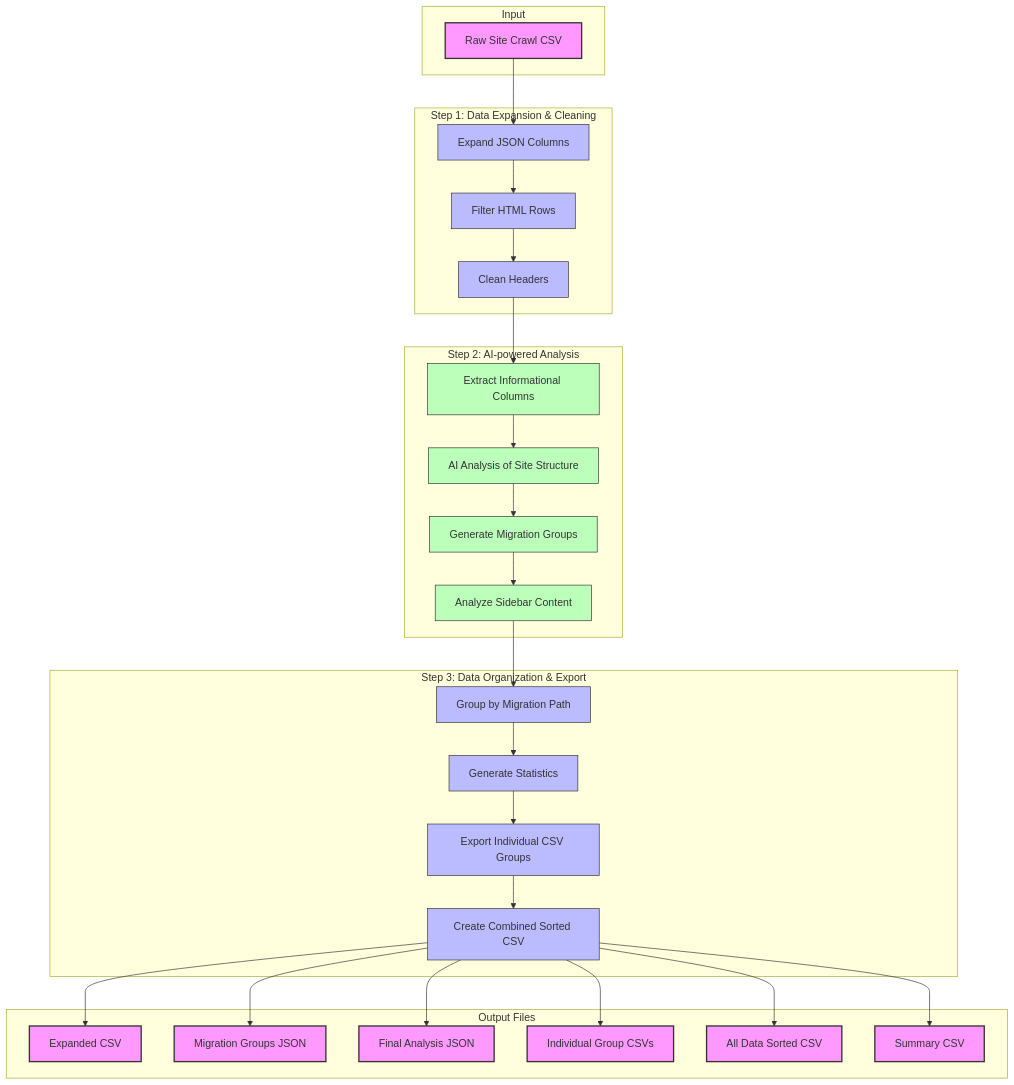
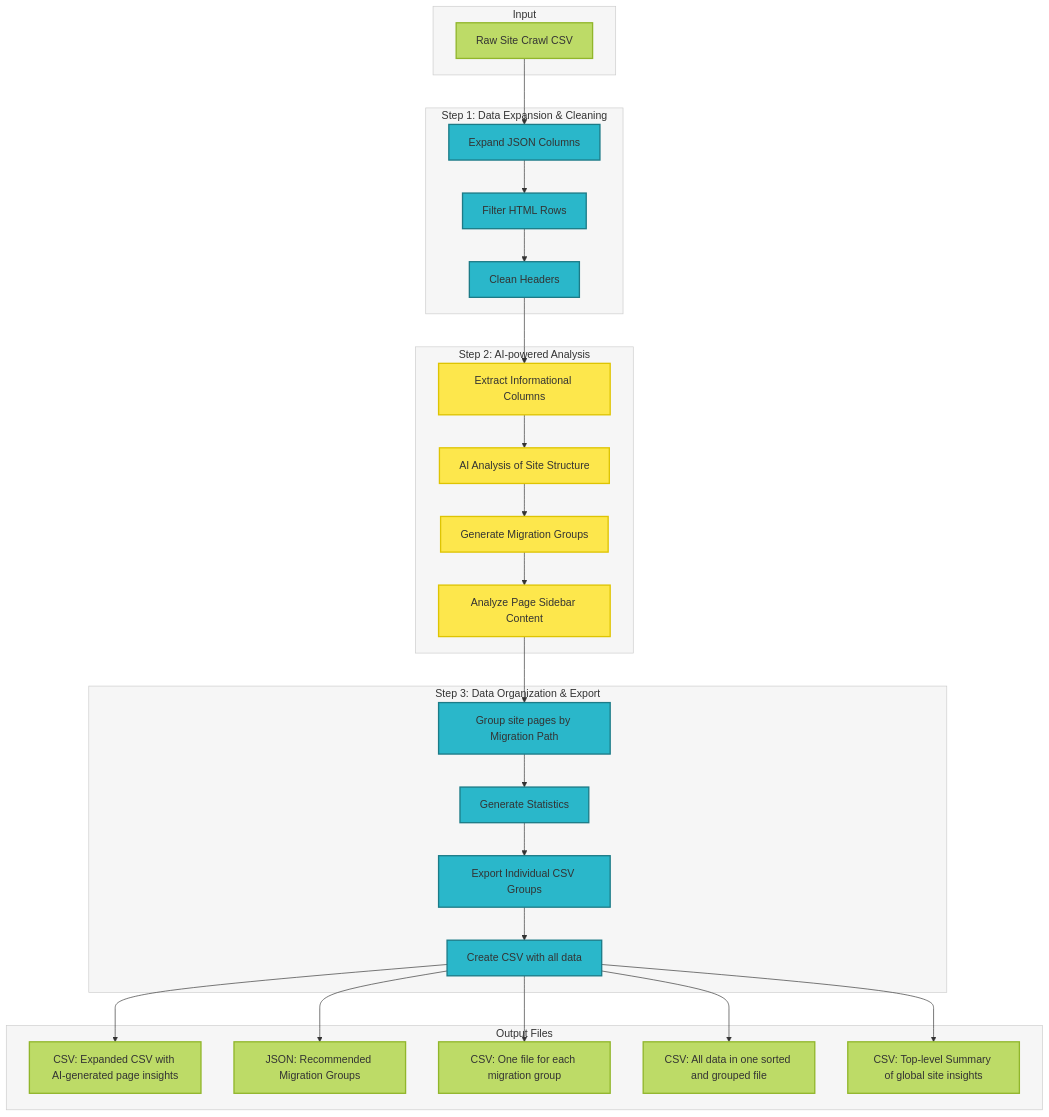
Before and after one commit to CivicActions/ai-crawl-analysis: the diagram in README.md, drawn with Mermaid. The commit also changed other lines of this file and 3 other files, not shown here.

````diff
--- a/README.md
+++ b/README.md
@@ -21,48 +111,54 @@
 ```mermaid
 flowchart TB
-    subgraph "Input"
+    subgraph Input["Input"]
         A[Raw Site Crawl CSV]
     end
 
-    subgraph "Step 1: Data Expansion & Cleaning"
+    subgraph Step1["Step 1: Data Expansion & Cleaning"]
         B1[Expand JSON Columns]
         B2[Filter HTML Rows]
         B3[Clean Headers]
         A --> B1 --> B2 --> B3
     end
 
-    subgraph "Step 2: AI-powered Analysis"
+    subgraph Step2["Step 2: AI-powered Analysis"]
         C1[Extract Informational Columns]
         C2[AI Analysis of Site Structure]
         C3[Generate Migration Groups]
-        C4[Analyze Sidebar Content]
+        C4[Analyze Page Sidebar Content]
         B3 --> C1 --> C2 --> C3 --> C4
     end
 
-    subgraph "Step 3: Data Organization & Export"
-        D1[Group by Migration Path]
+    subgraph Step3["Step 3: Data Organization & Export"]
+        D1[Group site pages by Migration Path]
         D2[Generate Statistics]
         D3[Export Individual CSV Groups]
-        D4[Create Combined Sorted CSV]
+        D4[Create CSV with all data]
         C4 --> D1 --> D2 --> D3 --> D4
     end
 
-    subgraph "Output Files"
-        E1[Expanded CSV]
-        E2[Migration Groups JSON]
-        E3[Final Analysis JSON]
-        E4[Individual Group CSVs]
-        E5[All Data Sorted CSV]
-        E6[Summary CSV]
+    subgraph Output["Output Files"]
+        E1[CSV: Expanded CSV with AI-generated page insights]
+        E2[JSON: Recommended Migration Groups]
+        E3[CSV: One file for each migration group]
+        E4[CSV: All data in one sorted and grouped file]
+        E5[CSV: Top-level Summary of global site insights]
 
-        D4 --> E1 & E2 & E3 & E4 & E5 & E6
+        D4 --> E1 & E2 & E3 & E4 & E5
     end
 
-    classDef inputOutput fill:#f9f,stroke:#333,stroke-width:2px
-    classDef process fill:#bbf,stroke:#333,stroke-width:1px
-    classDef aiProcess fill:#bfb,stroke:#333,stroke-width:1px
+    classDef inputStyle fill:#BDDB67,stroke:#91B62B,stroke-width:2px
+    classDef processStyle fill:#2AB7CA,stroke:#1c7b87,stroke-width:2px
+    classDef outputStyle fill:#FB5F2E,stroke:#dc3704,stroke-width:2px
+    classDef aiStyle fill:#FDE74C,stroke:#dec402,stroke-width:2px
 
-    class A,E1,E2,E3,E4,E5,E6 inputOutput
-    class B1,B2,B3,D1,D2,D3,D4 process
-    class C1,C2,C3,C4 aiProcess
+    class A,E1,E2,E3,E4,E5 inputStyle
+    class B1,B2,B3,D1,D2,D3,D4 processStyle
+    class C1,C2,C3,C4 aiStyle
+
+    style Input fill:#f6f6f6,stroke:#ccc
+    style Step1 fill:#f6f6f6,stroke:#ccc
+    style Step2 fill:#f6f6f6,stroke:#ccc
+    style Step3 fill:#f6f6f6,stroke:#ccc
+    style Output fill:#f6f6f6,stroke:#ccc
 ```
````
